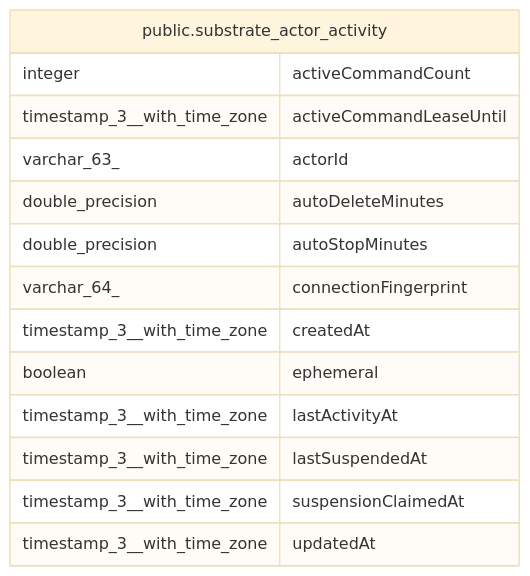
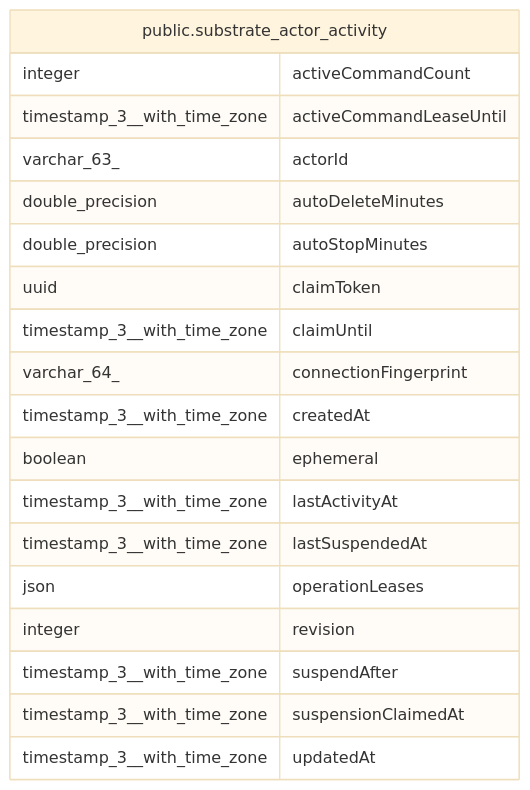
One commit to jseguillon/n8n changed the diagram in docs/generated/postgres-schema/public.substrate_actor_activity.md. Above: the diagram before and after it, drawn with Mermaid (base theme). The commit also changed other lines of this file and 29 other files, not shown here.

Commit message:
refactor(agents): Coordinate Substrate operation leases (no-changelog)

````diff
--- a/docs/generated/postgres-schema/public.substrate_actor_activity.md
+++ b/docs/generated/postgres-schema/public.substrate_actor_activity.md
@@ -44,19 +51,24 @@
 ```mermaid
 erDiagram
 
 
 "public.substrate_actor_activity" {
   integer activeCommandCount
   timestamp_3__with_time_zone activeCommandLeaseUntil
   varchar_63_ actorId
   double_precision autoDeleteMinutes
   double_precision autoStopMinutes
+  uuid claimToken
+  timestamp_3__with_time_zone claimUntil
   varchar_64_ connectionFingerprint
   timestamp_3__with_time_zone createdAt
   boolean ephemeral
   timestamp_3__with_time_zone lastActivityAt
   timestamp_3__with_time_zone lastSuspendedAt
+  json operationLeases
+  integer revision
+  timestamp_3__with_time_zone suspendAfter
   timestamp_3__with_time_zone suspensionClaimedAt
   timestamp_3__with_time_zone updatedAt
 }
 ```
````
